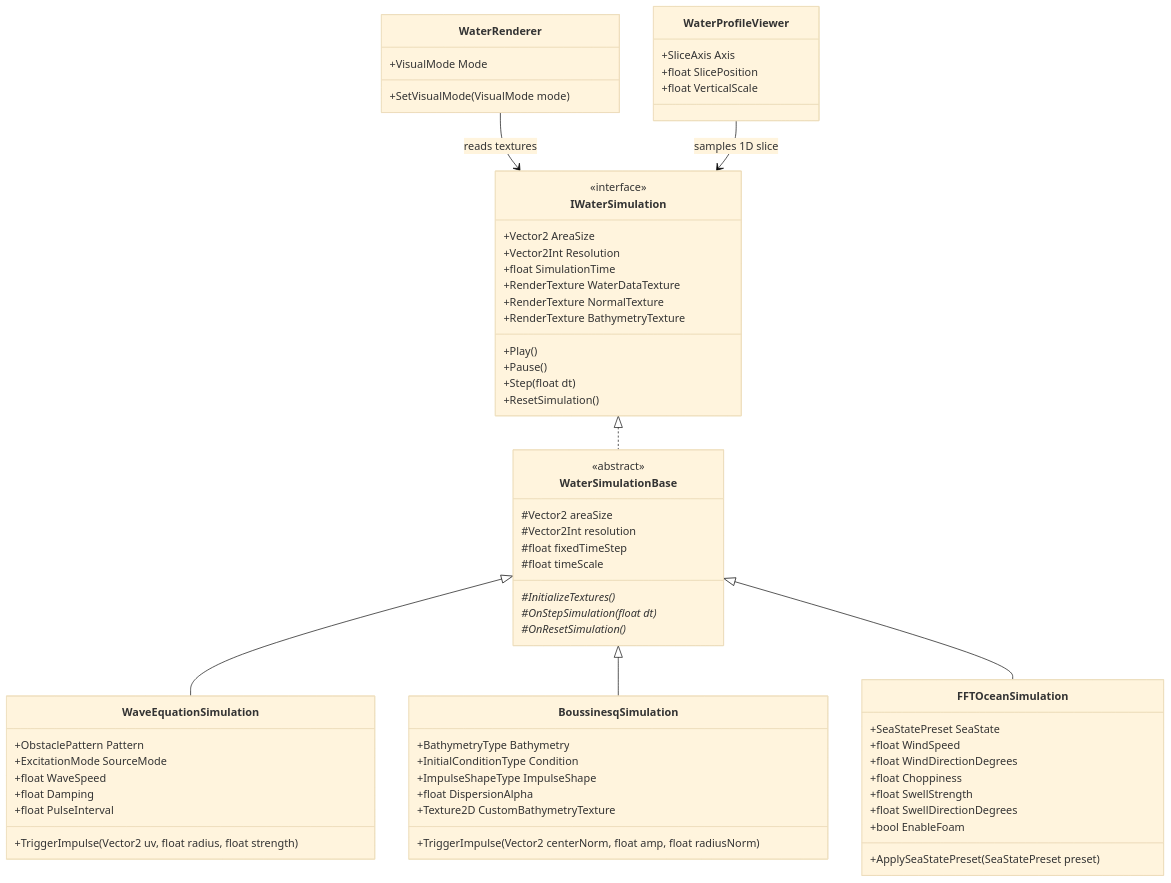
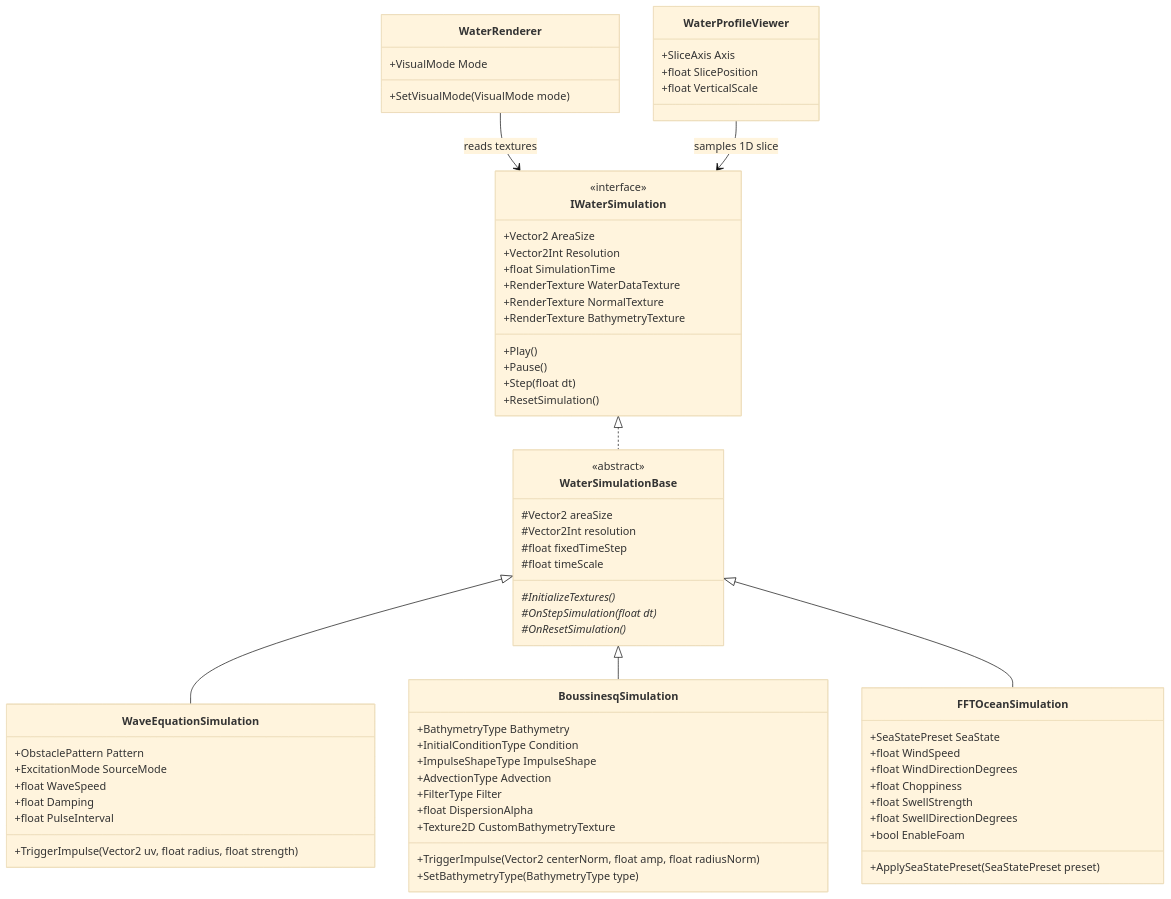
Before and after one commit to nobnak/unity-water-simulation: the diagram in Docs/WaterSimulation_Technical_Archive.ja.md, drawn with Mermaid (base theme). The commit also changed other lines of this file and 7 other files, not shown here.

````diff
--- a/Docs/WaterSimulation_Technical_Archive.ja.md
+++ b/Docs/WaterSimulation_Technical_Archive.ja.md
@@ -45,68 +56,71 @@
 ```mermaid
 classDiagram
     class IWaterSimulation {
         <<interface>>
         +Vector2 AreaSize
         +Vector2Int Resolution
         +float SimulationTime
         +RenderTexture WaterDataTexture
         +RenderTexture NormalTexture
         +RenderTexture BathymetryTexture
         +Play()
         +Pause()
         +Step(float dt)
         +ResetSimulation()
     }
     class WaterSimulationBase {
         <<abstract>>
         #Vector2 areaSize
         #Vector2Int resolution
         #float fixedTimeStep
         #float timeScale
         #InitializeTextures()*
         #OnStepSimulation(float dt)*
         #OnResetSimulation()*
     }
     class WaveEquationSimulation {
         +ObstaclePattern Pattern
         +ExcitationMode SourceMode
         +float WaveSpeed
         +float Damping
         +float PulseInterval
         +TriggerImpulse(Vector2 uv, float radius, float strength)
     }
     class BoussinesqSimulation {
         +BathymetryType Bathymetry
         +InitialConditionType Condition
         +ImpulseShapeType ImpulseShape
+        +AdvectionType Advection
+        +FilterType Filter
         +float DispersionAlpha
         +Texture2D CustomBathymetryTexture
         +TriggerImpulse(Vector2 centerNorm, float amp, float radiusNorm)
+        +SetBathymetryType(BathymetryType type)
     }
     class FFTOceanSimulation {
         +SeaStatePreset SeaState
         +float WindSpeed
         +float WindDirectionDegrees
         +float Choppiness
         +float SwellStrength
         +float SwellDirectionDegrees
         +bool EnableFoam
         +ApplySeaStatePreset(SeaStatePreset preset)
     }
     class WaterRenderer {
         +VisualMode Mode
         +SetVisualMode(VisualMode mode)
     }
     class WaterProfileViewer {
         +SliceAxis Axis
         +float SlicePosition
         +float VerticalScale
     }
 
     IWaterSimulation <|.. WaterSimulationBase
     WaterSimulationBase <|-- WaveEquationSimulation
     WaterSimulationBase <|-- BoussinesqSimulation
     WaterSimulationBase <|-- FFTOceanSimulation
     WaterRenderer --> IWaterSimulation : reads textures
     WaterProfileViewer --> IWaterSimulation : samples 1D slice
 ```
````
